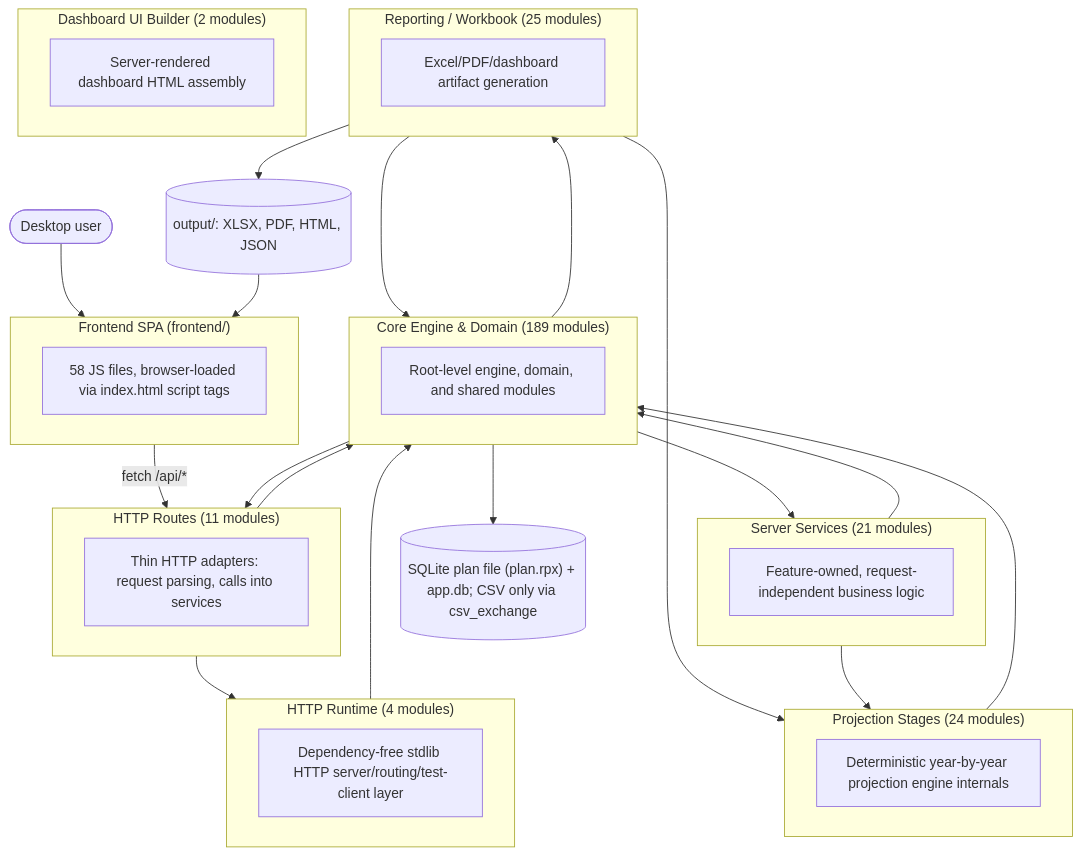
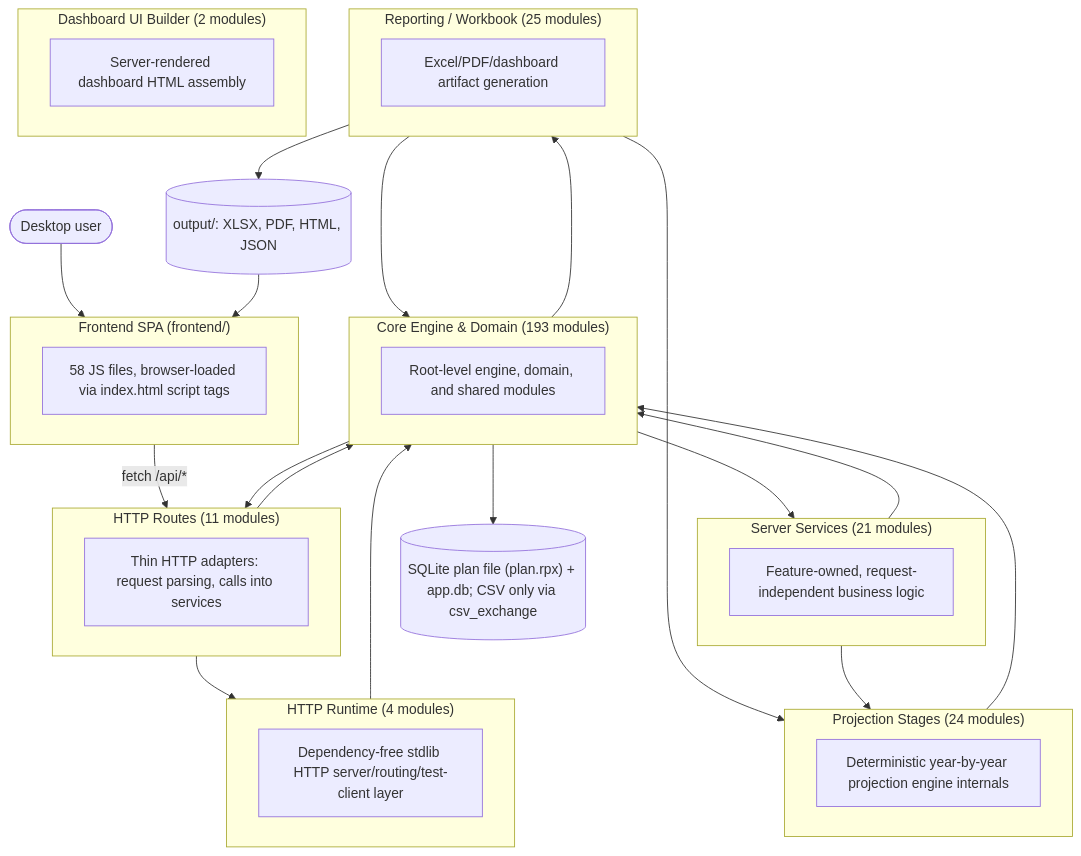
One commit to matthartzman/retirement_system changed the first of 2 diagrams in documentation/reference/SYSTEM_ARCHITECTURE_DIAGRAM.md. Above: the diagram before and after it, drawn with Mermaid. The commit also changed other lines of this file and 7 other files, not shown here.

````diff
--- a/documentation/reference/SYSTEM_ARCHITECTURE_DIAGRAM.md
+++ b/documentation/reference/SYSTEM_ARCHITECTURE_DIAGRAM.md
@@ -11,43 +11,43 @@
 ```mermaid
 flowchart TB
     User(["Desktop user"]) --> FE
     subgraph FE["Frontend SPA (frontend/)"]
         FEcount["58 JS files, browser-loaded via index.html script tags"]
     end
     FE -->|fetch /api/*| L_HTTP_Routes
     subgraph L_HTTP_Routes["HTTP Routes (11 modules)"]
         L_HTTP_Routes_d["Thin HTTP adapters: request parsing, calls into services"]
     end
     subgraph L_Server_Services["Server Services (21 modules)"]
         L_Server_Services_d["Feature-owned, request-independent business logic"]
     end
     subgraph L_HTTP_Runtime["HTTP Runtime (4 modules)"]
         L_HTTP_Runtime_d["Dependency-free stdlib HTTP server/routing/test-client layer"]
     end
-    subgraph L_Core_Engine___Domain["Core Engine & Domain (189 modules)"]
+    subgraph L_Core_Engine___Domain["Core Engine & Domain (193 modules)"]
         L_Core_Engine___Domain_d["Root-level engine, domain, and shared modules"]
     end
     subgraph L_Projection_Stages["Projection Stages (24 modules)"]
         L_Projection_Stages_d["Deterministic year-by-year projection engine internals"]
     end
     subgraph L_Reporting___Workbook["Reporting / Workbook (25 modules)"]
         L_Reporting___Workbook_d["Excel/PDF/dashboard artifact generation"]
     end
     subgraph L_Dashboard_UI_Builder["Dashboard UI Builder (2 modules)"]
         L_Dashboard_UI_Builder_d["Server-rendered dashboard HTML assembly"]
     end
     L_Core_Engine___Domain --> L_HTTP_Routes
     L_Core_Engine___Domain --> L_Reporting___Workbook
     L_Core_Engine___Domain --> L_Server_Services
     L_HTTP_Routes --> L_Core_Engine___Domain
     L_HTTP_Routes --> L_HTTP_Runtime
     L_HTTP_Runtime --> L_Core_Engine___Domain
     L_Projection_Stages --> L_Core_Engine___Domain
     L_Reporting___Workbook --> L_Core_Engine___Domain
     L_Reporting___Workbook --> L_Projection_Stages
     L_Server_Services --> L_Core_Engine___Domain
     L_Server_Services --> L_Projection_Stages
     L_Core_Engine___Domain --> DB[("SQLite plan file (plan.rpx) + app.db; CSV only via csv_exchange")]
     L_Reporting___Workbook --> Outputs[("output/: XLSX, PDF, HTML, JSON")]
     Outputs --> FE
 ```
````
